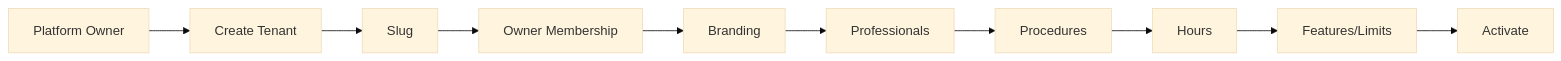
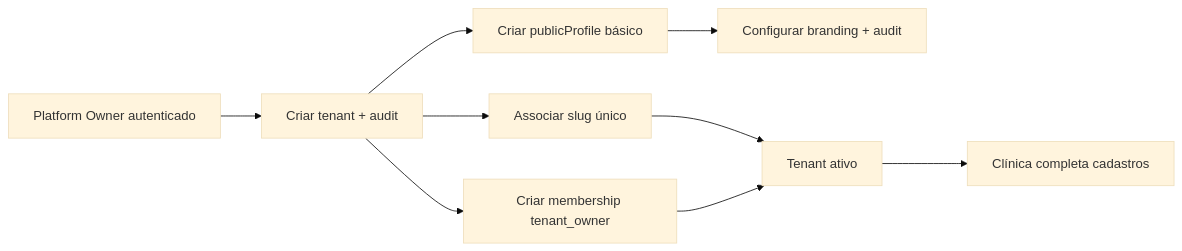
One commit to CristianoRFB/Dentista changed the diagram in docs/versions/v01-multitenant-whitelabel/diagrams/source/15-onboarding.mmd. Above: the diagram before and after it, drawn with Mermaid (base theme). The commit also changed 132 other files, not shown here.

```diff
--- a/docs/versions/v01-multitenant-whitelabel/diagrams/source/15-onboarding.mmd
+++ b/docs/versions/v01-multitenant-whitelabel/diagrams/source/15-onboarding.mmd
@@ -1,11 +1,10 @@
 %% Onboarding de tenant
 flowchart LR
-  N1["Platform Owner"] --> N2["Create Tenant"]
-  N2["Create Tenant"] --> N3["Slug"]
-  N3["Slug"] --> N4["Owner Membership"]
-  N4["Owner Membership"] --> N5["Branding"]
-  N5["Branding"] --> N6["Professionals"]
-  N6["Professionals"] --> N7["Procedures"]
-  N7["Procedures"] --> N8["Hours"]
-  N8["Hours"] --> N9["Features/Limits"]
-  N9["Features/Limits"] --> N10["Activate"]
+  O["Platform Owner autenticado"] --> T["Criar tenant + audit"]
+  T --> S["Associar slug único"]
+  T --> M["Criar membership tenant_owner"]
+  T --> P["Criar publicProfile básico"]
+  P --> B["Configurar branding + audit"]
+  S --> A["Tenant ativo"]
+  M --> A
+  A --> C["Clínica completa cadastros"]
```
